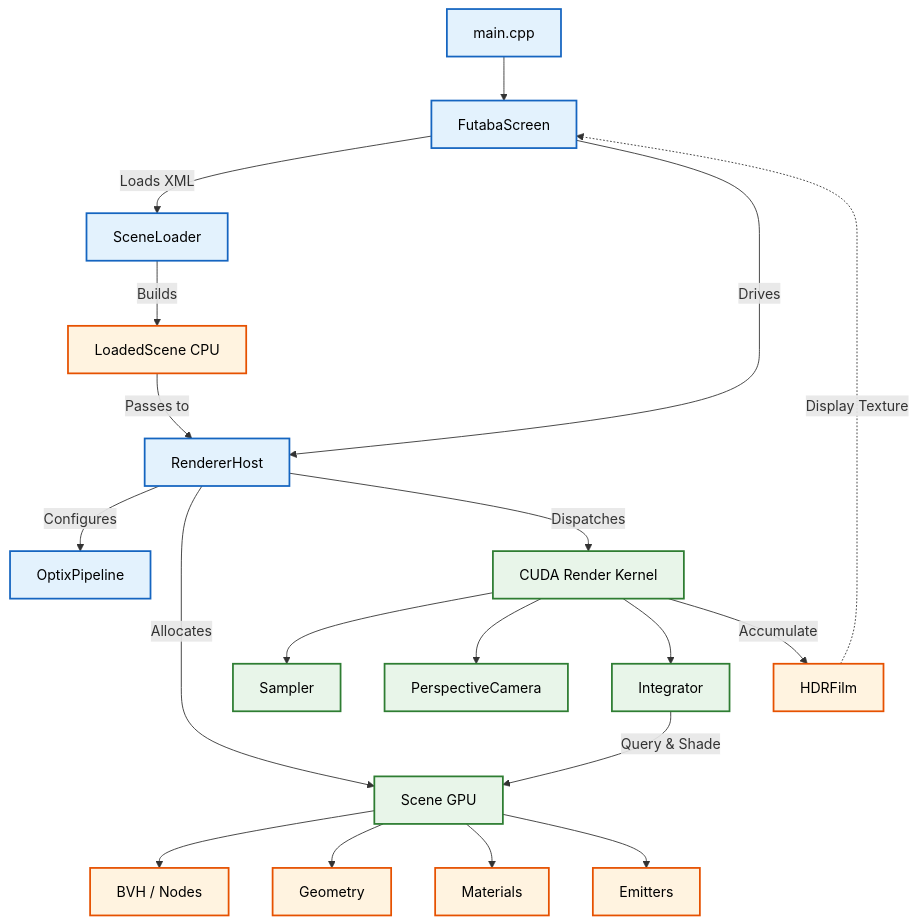
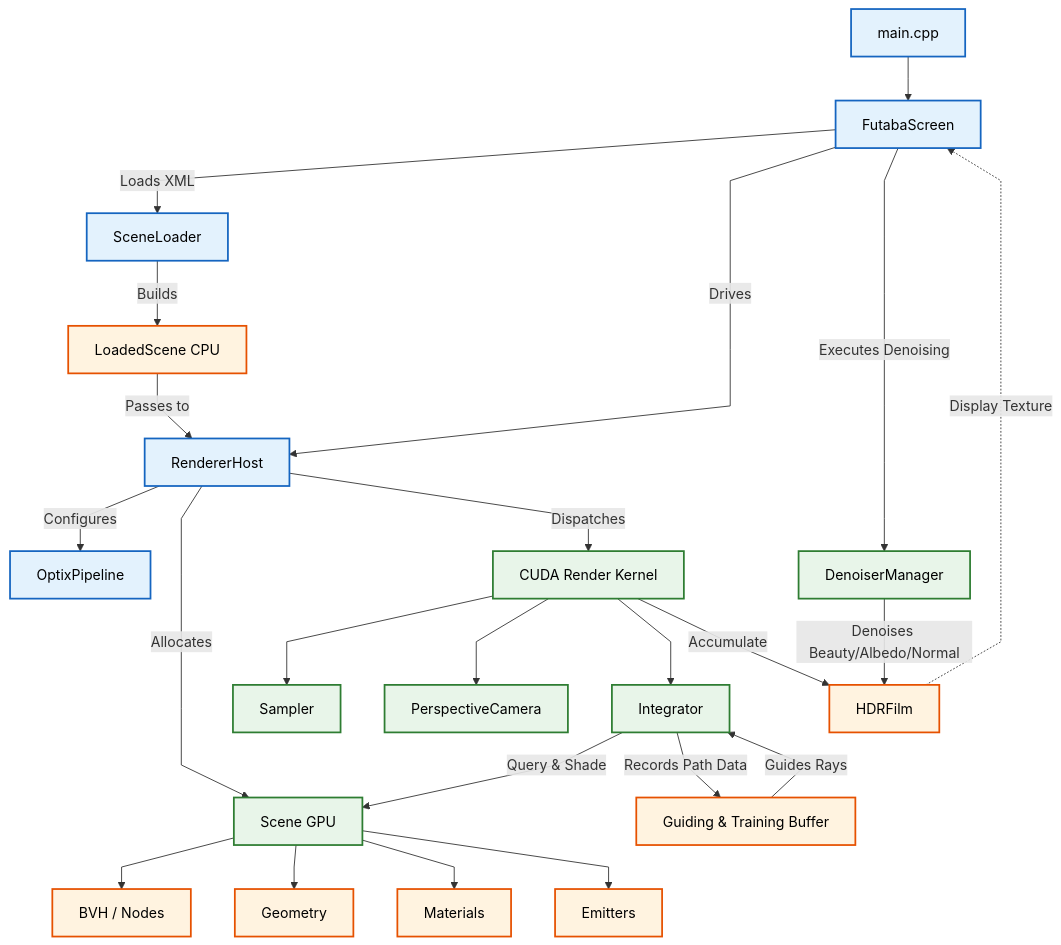
Before and after one commit to USharma002/futaba-renderer: the diagram in README.md, drawn with Mermaid. The commit also changed other lines of this file, not shown here.

Commit message:
Updated flow diagram

````diff
--- a/README.md
+++ b/README.md
@@ -91,115 +91,65 @@
 ```mermaid
-
+%%{init: {'flowchart': {'curve': 'linear'}}}%%
 flowchart TD
 
-  
-
 %% Styling
-
 classDef cpu fill:#e3f2fd,stroke:#1565c0,stroke-width:2px,color:#000;
-
 classDef gpu fill:#e8f5e9,stroke:#2e7d32,stroke-width:2px,color:#000;
-
 classDef data fill:#fff3e0,stroke:#e65100,stroke-width:2px,color:#000;
 
-  
-
 %% Nodes
-
 main[main.cpp]:::cpu
-
 FS[FutabaScreen]:::cpu
-
 SL[SceneLoader]:::cpu
-
 LS[LoadedScene CPU]:::data
-
 RH[RendererHost]:::cpu
 
-  
-
 OPTIX[OptixPipeline]:::cpu
-
 KERNEL[CUDA Render Kernel]:::gpu
-
 SGPU[Scene GPU]:::gpu
 
-  
-
 SAMP[Sampler]:::gpu
-
 CAM[PerspectiveCamera]:::gpu
-
 INTG[Integrator]:::gpu
-
 FILM[HDRFilm]:::data
-
-  
+DENOISE[DenoiserManager]:::gpu
+GUIDE[Guiding & Training Buffer]:::data
 
 BVH[BVH / Nodes]:::data
-
 TRIS[Geometry]:::data
-
 MATS[Materials]:::data
-
 EMITS[Emitters]:::data
 
-  
-
 %% CPU / App Flow
-
 main --> FS
-
 FS -->|Loads XML| SL
-
 SL -->|Builds| LS
-
 LS -->|Passes to| RH
-
 FS -->|Drives| RH
 
-  
-
 %% CPU to GPU Boundary
-
 RH -->|Configures| OPTIX
-
 RH -->|Allocates| SGPU
-
 RH -->|Dispatches| KERNEL
 
-  
-
 %% GPU Data Structure
-
 SGPU --> BVH
-
 SGPU --> TRIS
-
 SGPU --> MATS
-
 SGPU --> EMITS
 
-  
-
 %% GPU Execution
-
 KERNEL --> SAMP
-
 KERNEL --> CAM
-
 KERNEL --> INTG
 
-  
+INTG -->|Query & Shade| SGPU
+INTG -->|Records Path Data| GUIDE
+GUIDE -->|Guides Rays| INTG
 
-INTG -->|Query & Shade| SGPU
-
-  
-
-%% Output
-
+%% Output & Denoising
 KERNEL -->|Accumulate| FILM
-
+FS -->|Executes Denoising| DENOISE
+DENOISE -->|Denoises Beauty/Albedo/Normal| FILM
 FILM -.->|Display Texture| FS
-
 ```
````
